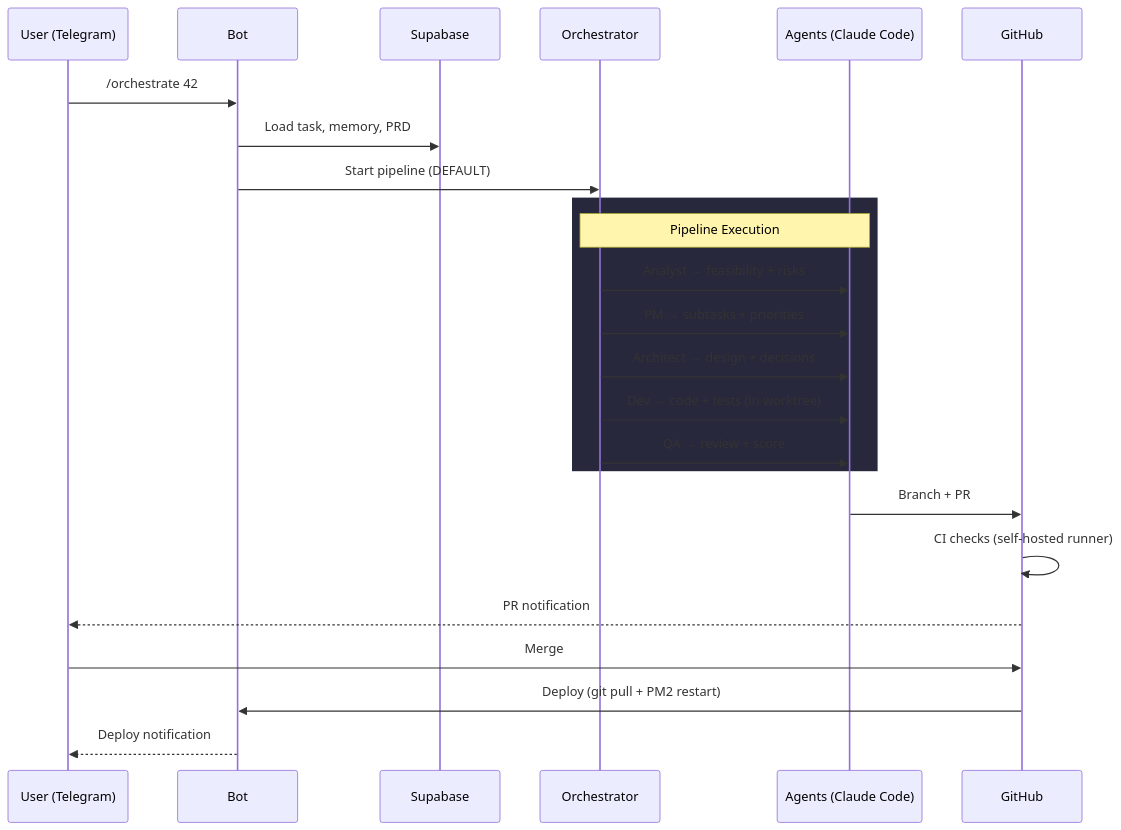
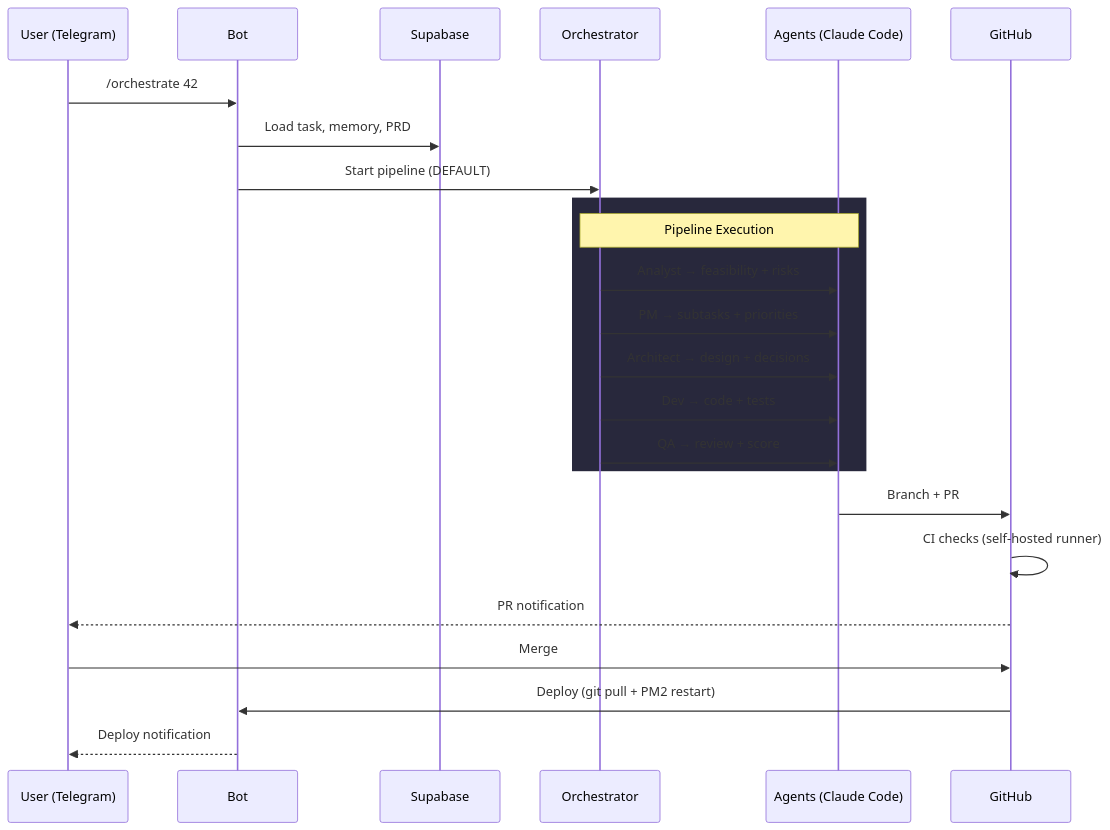
One commit to EdouardZemb/claude-telegram-relay changed the fourth of 9 diagrams in README.md. Above: the diagram before and after it, drawn with Mermaid. The commit also changed other lines of this file and 22 other files, not shown here.

````diff
--- a/README.md
+++ b/README.md
@@ -136,29 +131,29 @@
 ```mermaid
 sequenceDiagram
     participant U as User (Telegram)
     participant B as Bot
     participant S as Supabase
     participant O as Orchestrator
     participant A as Agents (Claude Code)
     participant G as GitHub
 
     U->>B: /orchestrate 42
     B->>S: Load task, memory, PRD
     B->>O: Start pipeline (DEFAULT)
 
     rect rgb(40, 40, 60)
         Note over O,A: Pipeline Execution
         O->>A: Analyst → feasibility + risks
         O->>A: PM → subtasks + priorities
         O->>A: Architect → design + decisions
-        O->>A: Dev → code + tests (in worktree)
+        O->>A: Dev → code + tests
         O->>A: QA → review + score
     end
 
     A->>G: Branch + PR
     G->>G: CI checks (self-hosted runner)
     G-->>U: PR notification
     U->>G: Merge
     G->>B: Deploy (git pull + PM2 restart)
     B-->>U: Deploy notification
 ```
````
